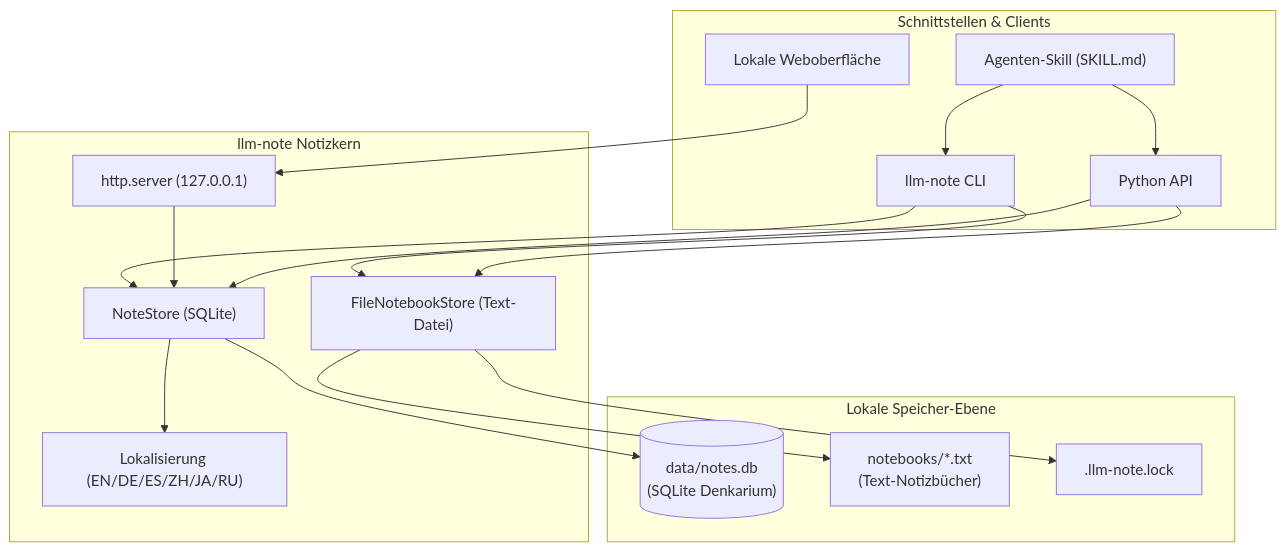
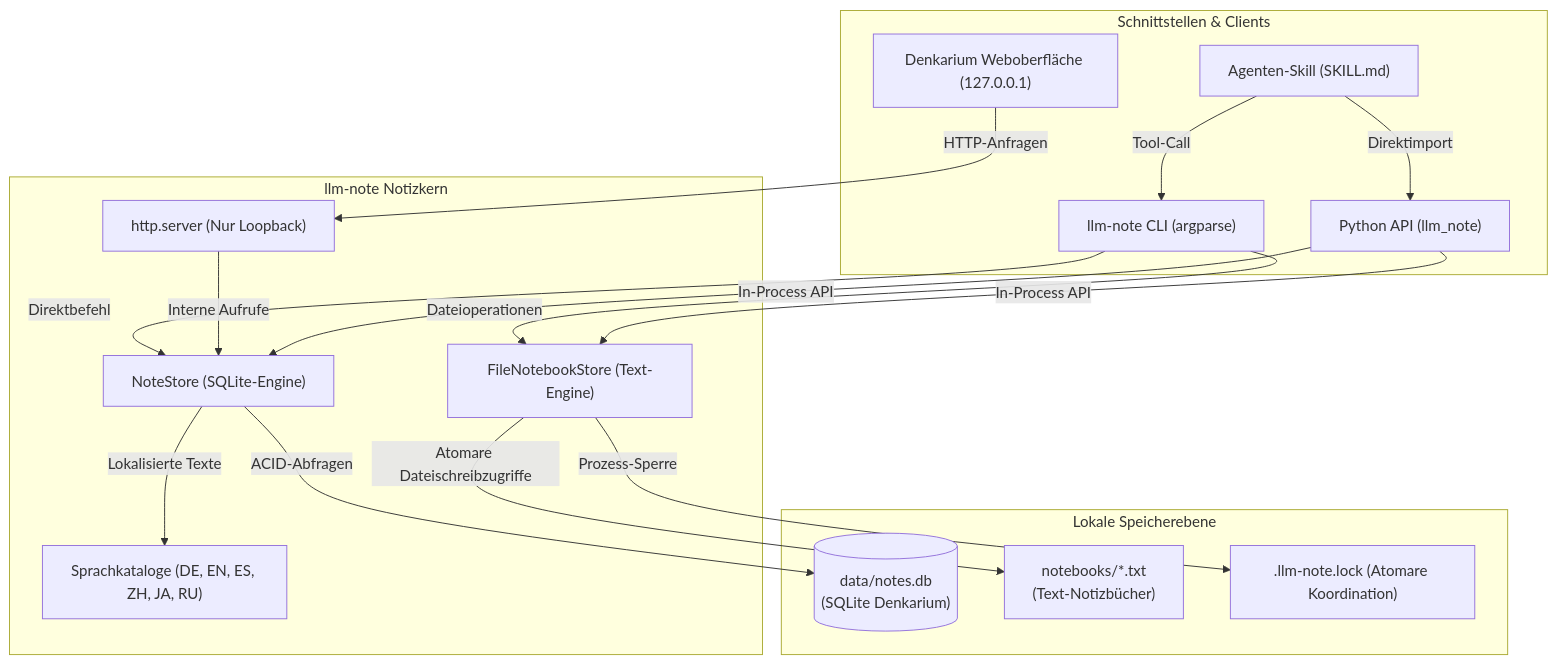
One commit to doc-bricks/llm-note changed the first of 2 diagrams in README_de.md. Above: the diagram before and after it, drawn with Mermaid. The commit also changed other lines of this file and 11 other files, not shown here.

Commit message:
docs(marketing): add 18-section bilingual navigation, dual mermaid diagrams, license audit, and contract tests (v1.0.4)

````diff
--- a/README_de.md
+++ b/README_de.md
@@ -21,36 +89,36 @@
 ```mermaid
 graph TD
     subgraph Clients["Schnittstellen & Clients"]
-        CLI["llm-note CLI"]
-        GUI["Lokale Weboberfläche"]
-        PyAPI["Python API"]
+        CLI["llm-note CLI (argparse)"]
+        GUI["Denkarium Weboberfläche (127.0.0.1)"]
+        PyAPI["Python API (llm_note)"]
         Skill["Agenten-Skill (SKILL.md)"]
     end
 
     subgraph CoreEngine["llm-note Notizkern"]
-        NoteStore["NoteStore (SQLite)"]
-        FileStore["FileNotebookStore (Text-Datei)"]
-        HTTP["http.server (127.0.0.1)"]
-        I18N["Lokalisierung (EN/DE/ES/ZH/JA/RU)"]
+        NoteStore["NoteStore (SQLite-Engine)"]
+        FileStore["FileNotebookStore (Text-Engine)"]
+        HTTP["http.server (Nur Loopback)"]
+        I18N["Sprachkataloge (DE, EN, ES, ZH, JA, RU)"]
     end
 
-    subgraph LocalStorage["Lokale Speicher-Ebene"]
+    subgraph LocalStorage["Lokale Speicherebene"]
         DB[("data/notes.db<br/>(SQLite Denkarium)")]
         Notebooks["notebooks/*.txt<br/>(Text-Notizbücher)"]
-        LockFile[".llm-note.lock"]
+        LockFile[".llm-note.lock (Atomare Koordination)"]
     end
 
-    CLI --> NoteStore
-    GUI --> HTTP
-    HTTP --> NoteStore
-    CLI --> FileStore
-    PyAPI --> NoteStore
-    PyAPI --> FileStore
-    Skill --> CLI
-    Skill --> PyAPI
+    CLI -->|"Direktbefehl"| NoteStore
+    CLI -->|"Dateioperationen"| FileStore
+    GUI -->|"HTTP-Anfragen"| HTTP
+    HTTP -->|"Interne Aufrufe"| NoteStore
+    PyAPI -->|"In-Process API"| NoteStore
+    PyAPI -->|"In-Process API"| FileStore
+    Skill -->|"Tool-Call"| CLI
+    Skill -->|"Direktimport"| PyAPI
 
-    NoteStore --> DB
-    NoteStore --> I18N
-    FileStore --> Notebooks
-    FileStore --> LockFile
+    NoteStore -->|"ACID-Abfragen"| DB
+    NoteStore -->|"Lokalisierte Texte"| I18N
+    FileStore -->|"Atomare Dateischreibzugriffe"| Notebooks
+    FileStore -->|"Prozess-Sperre"| LockFile
 ```
````
